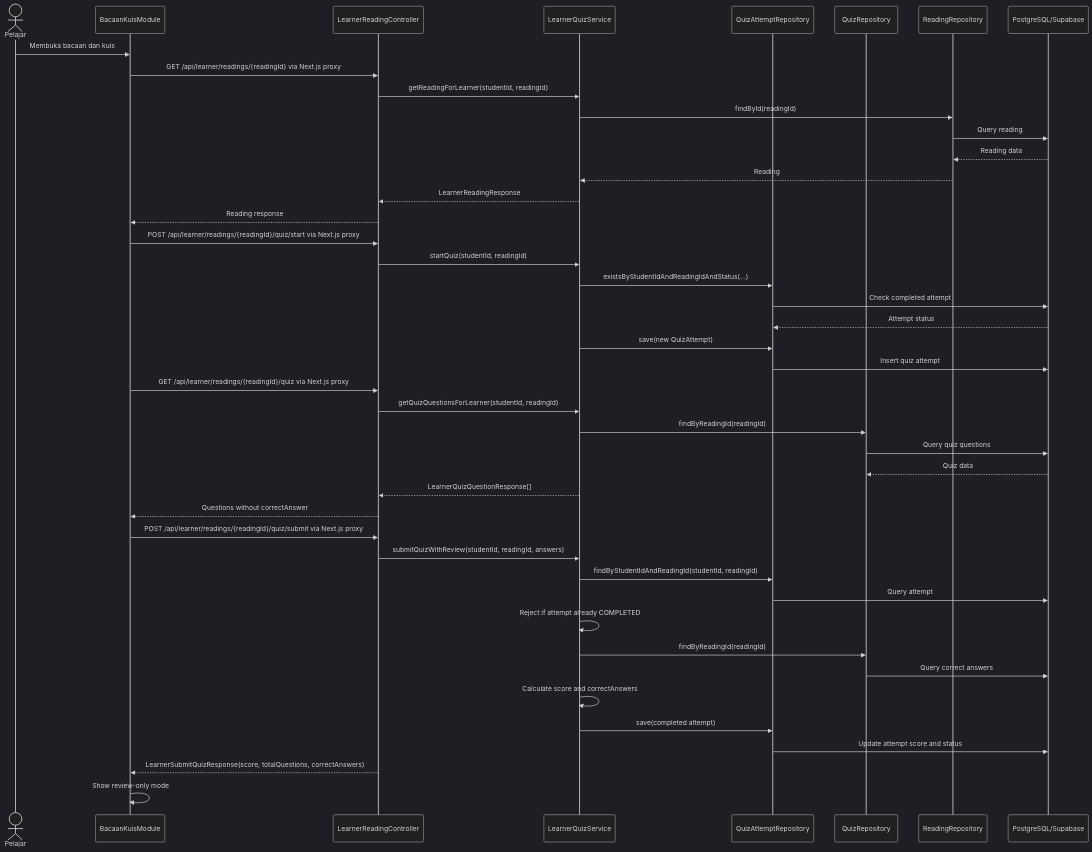
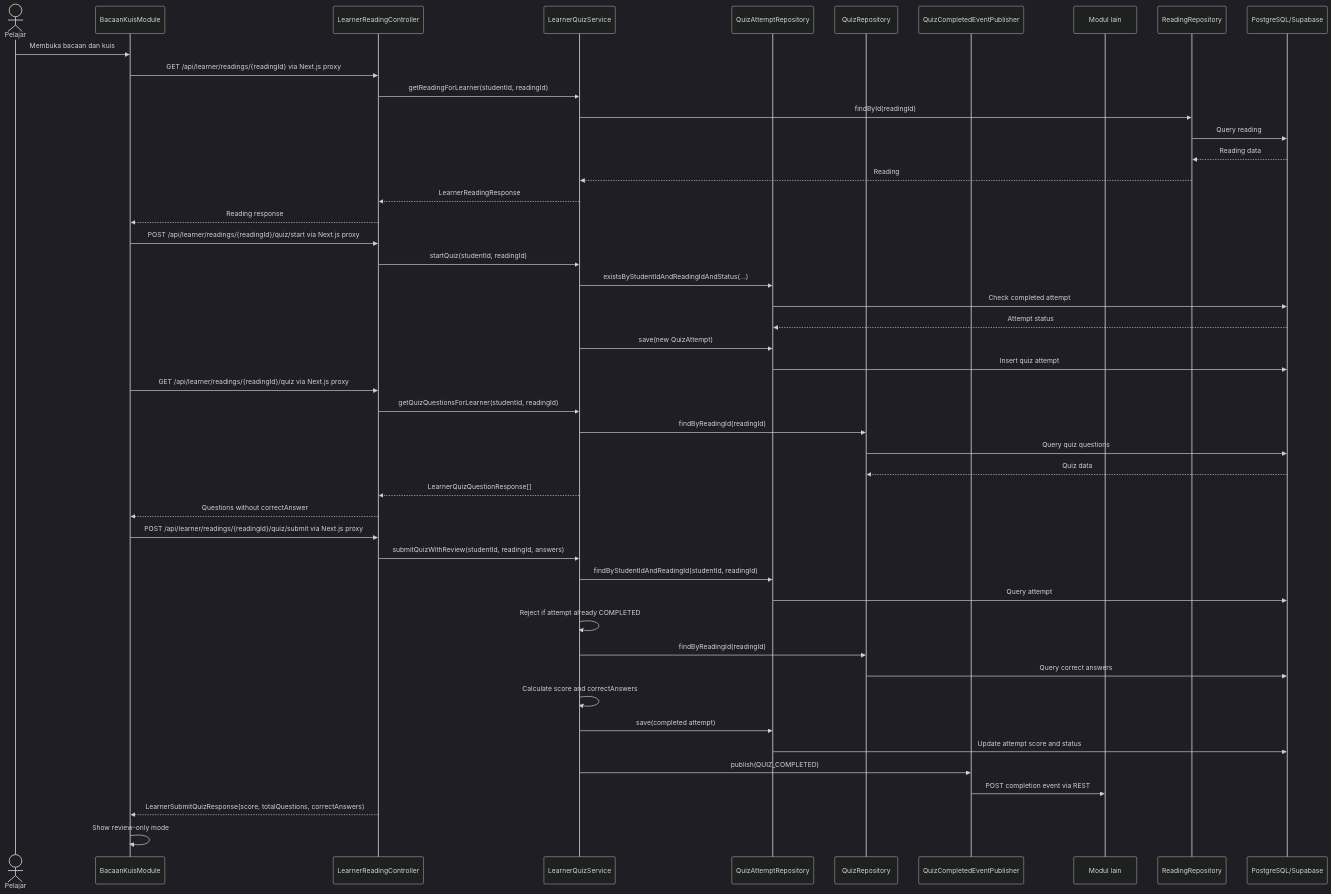
One commit to advprog-2026-B14-project/yomu-bacaan-dan-kuis changed the second of 4 diagrams in README.md. Above: the diagram before and after it, drawn with Mermaid (dark theme). The commit also changed other lines of this file and 7 other files, not shown here.

Commit message:
Publish quiz completion events over REST

````diff
--- a/README.md
+++ b/README.md
@@ -120,50 +121,54 @@
 ```mermaid
 sequenceDiagram
     actor Learner as Pelajar
     participant FE as BacaanKuisModule
     participant Controller as LearnerReadingController
     participant Service as LearnerQuizService
     participant AttemptRepo as QuizAttemptRepository
     participant QuizRepo as QuizRepository
+    participant EventPublisher as QuizCompletedEventPublisher
+    participant External as Modul lain
     participant ReadingRepo as ReadingRepository
     participant DB as PostgreSQL/Supabase
 
     Learner->>FE: Membuka bacaan dan kuis
     FE->>Controller: GET /api/learner/readings/{readingId} via Next.js proxy
     Controller->>Service: getReadingForLearner(studentId, readingId)
     Service->>ReadingRepo: findById(readingId)
     ReadingRepo->>DB: Query reading
     DB-->>ReadingRepo: Reading data
     ReadingRepo-->>Service: Reading
     Service-->>Controller: LearnerReadingResponse
     Controller-->>FE: Reading response
 
     FE->>Controller: POST /api/learner/readings/{readingId}/quiz/start via Next.js proxy
     Controller->>Service: startQuiz(studentId, readingId)
     Service->>AttemptRepo: existsByStudentIdAndReadingIdAndStatus(...)
     AttemptRepo->>DB: Check completed attempt
     DB-->>AttemptRepo: Attempt status
     Service->>AttemptRepo: save(new QuizAttempt)
     AttemptRepo->>DB: Insert quiz attempt
 
     FE->>Controller: GET /api/learner/readings/{readingId}/quiz via Next.js proxy
     Controller->>Service: getQuizQuestionsForLearner(studentId, readingId)
     Service->>QuizRepo: findByReadingId(readingId)
     QuizRepo->>DB: Query quiz questions
     DB-->>QuizRepo: Quiz data
     Service-->>Controller: LearnerQuizQuestionResponse[]
     Controller-->>FE: Questions without correctAnswer
 
     FE->>Controller: POST /api/learner/readings/{readingId}/quiz/submit via Next.js proxy
     Controller->>Service: submitQuizWithReview(studentId, readingId, answers)
     Service->>AttemptRepo: findByStudentIdAndReadingId(studentId, readingId)
     AttemptRepo->>DB: Query attempt
     Service->>Service: Reject if attempt already COMPLETED
     Service->>QuizRepo: findByReadingId(readingId)
     QuizRepo->>DB: Query correct answers
     Service->>Service: Calculate score and correctAnswers
     Service->>AttemptRepo: save(completed attempt)
     AttemptRepo->>DB: Update attempt score and status
+    Service->>EventPublisher: publish(QUIZ_COMPLETED)
+    EventPublisher->>External: POST completion event via REST
     Controller-->>FE: LearnerSubmitQuizResponse(score, totalQuestions, correctAnswers)
     FE->>FE: Show review-only mode
 ```
````
